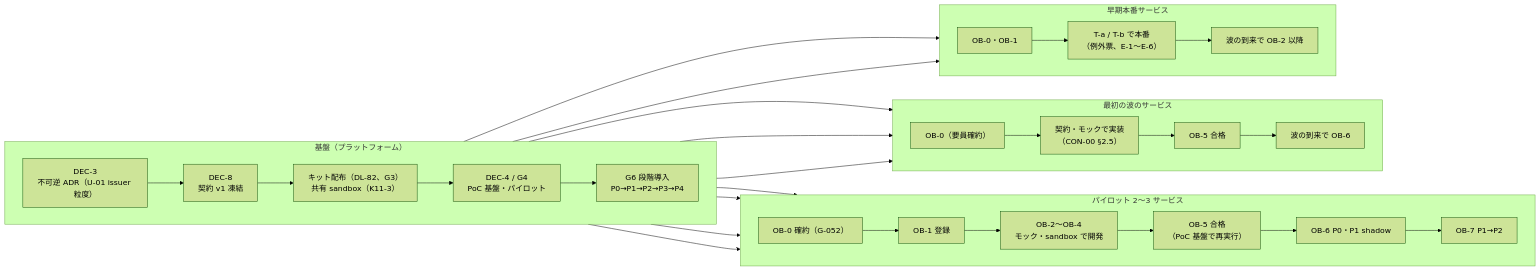
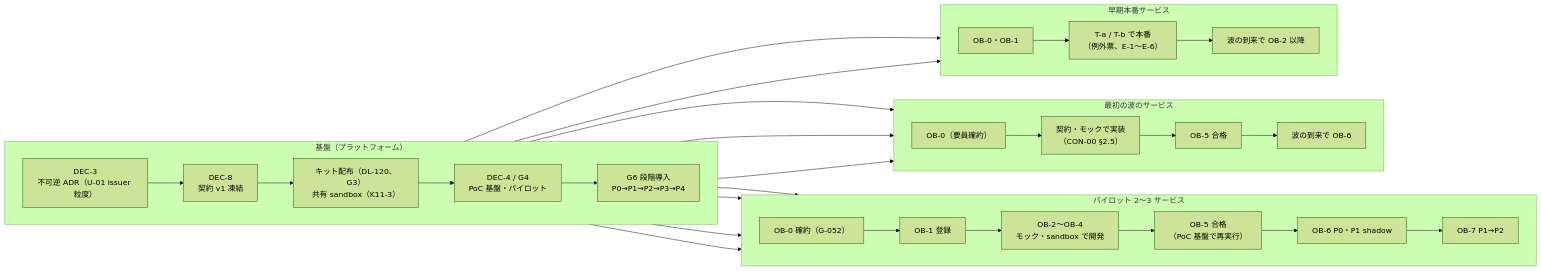
One commit to Takenori-Kusaka/auth-stack changed the third of 3 diagrams in 10_integration/onboarding.md. Above: the diagram before and after it, drawn with Mermaid (forest theme). The commit also changed other lines of this file and 55 other files, not shown here.

````diff
--- a/10_integration/onboarding.md
+++ b/10_integration/onboarding.md
@@ -386,38 +395,38 @@
 ```mermaid
 flowchart LR
   subgraph PF["基盤（プラットフォーム）"]
     direction LR
     D3["DEC-3<br/>不可逆 ADR（U-01 issuer 粒度）"] --> D8["DEC-8<br/>契約 v1 凍結"]
-    D8 --> KIT["キット配布（DL-82、G3）<br/>共有 sandbox（K11-3）"]
+    D8 --> KIT["キット配布（DL-120、G3）<br/>共有 sandbox（K11-3）"]
     KIT --> D4["DEC-4 / G4<br/>PoC 基盤・パイロット"]
     D4 --> G6["G6 段階導入<br/>P0→P1→P2→P3→P4"]
   end
   subgraph PI["パイロット 2〜3 サービス"]
     direction LR
     p0["OB-0 確約（G-052）"] --> p1["OB-1 登録"]
     p1 --> p2["OB-2〜OB-4<br/>モック・sandbox で開発"]
     p2 --> p5["OB-5 合格<br/>（PoC 基盤で再実行）"]
     p5 --> p6["OB-6 P0・P1 shadow"]
     p6 --> p7["OB-7 P1→P2"]
   end
   subgraph W1["最初の波のサービス"]
     direction LR
     w0["OB-0（要員確約）"] --> w2["契約・モックで実装<br/>（CON-00 §2.5）"]
     w2 --> w5["OB-5 合格"]
     w5 --> w6["波の到来で OB-6"]
   end
   subgraph EP["早期本番サービス"]
     direction LR
     e0["OB-0・OB-1"] --> e1["T-a / T-b で本番<br/>（例外票、E-1〜E-6）"]
     e1 --> e2["波の到来で OB-2 以降"]
   end
   D8 --> p1
   KIT --> p5
   D4 --> p6
   G6 --> p7
   D8 --> w2
   KIT --> w5
   G6 --> w6
   D8 --> e1
   G6 --> e2
 ```
````
